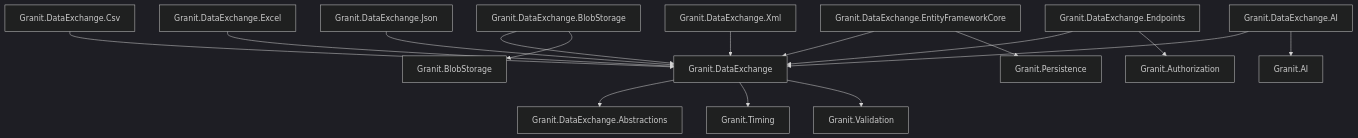
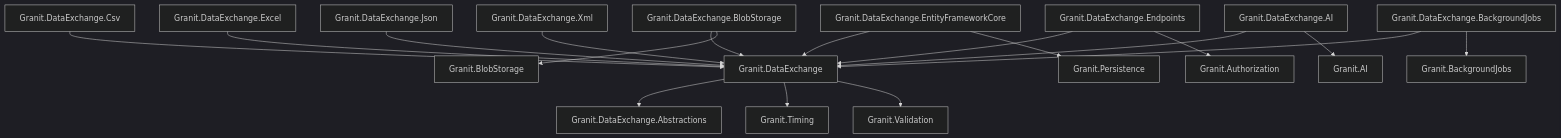
The first of 4 diagrams in src/content/docs/dotnet/building-blocks/data-exchange.mdx (granit-fx/granit-docs), drawn with Mermaid (dark theme) before and after one commit. The commit also changed other lines of this file and 1 other file, not shown here.

First line of the commit message:
docs(dotnet): update Data Exchange page for the module redesign

````diff
--- a/src/content/docs/dotnet/building-blocks/data-exchange.mdx
+++ b/src/content/docs/dotnet/building-blocks/data-exchange.mdx
@@ -49,19 +52,21 @@
 ```mermaid
 graph TD
     DXA[Granit.DataExchange.Abstractions]
     DX[Granit.DataExchange] --> DXA
     DX --> T[Granit.Timing]
     DX --> V[Granit.Validation]
     BS[Granit.DataExchange.BlobStorage] --> DX
     BS --> B[Granit.BlobStorage]
     CSV[Granit.DataExchange.Csv] --> DX
     XLS[Granit.DataExchange.Excel] --> DX
     JSON[Granit.DataExchange.Json] --> DX
     XML[Granit.DataExchange.Xml] --> DX
     EF[Granit.DataExchange.EntityFrameworkCore] --> DX
     EF --> P[Granit.Persistence]
     EP[Granit.DataExchange.Endpoints] --> DX
     EP --> A[Granit.Authorization]
     AI[Granit.DataExchange.AI] --> DX
     AI --> AIROOT[Granit.AI]
+    BGJ[Granit.DataExchange.BackgroundJobs] --> DX
+    BGJ --> GBJ[Granit.BackgroundJobs]
 ```
````
